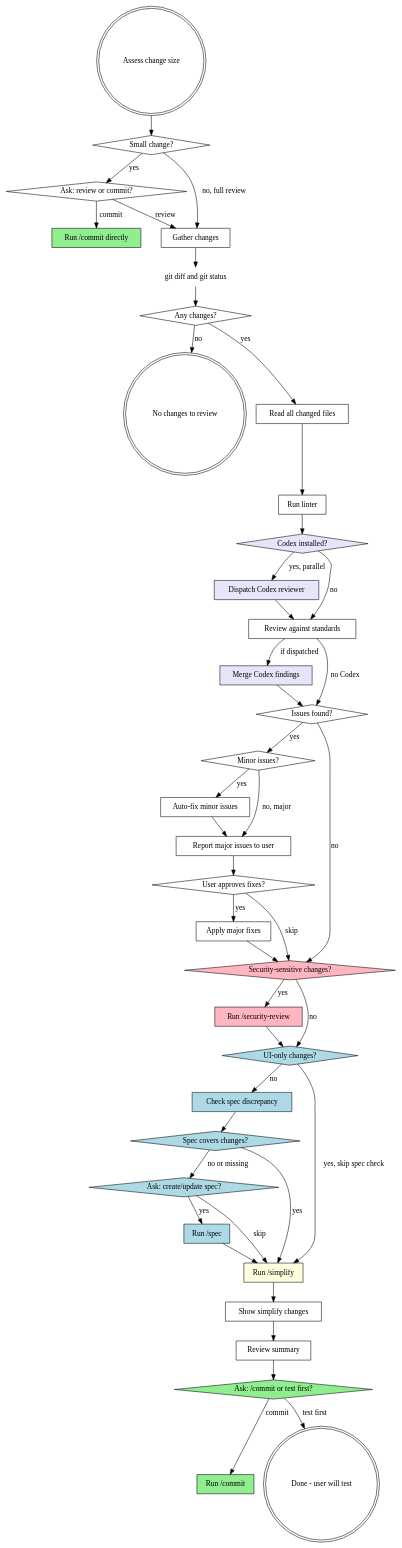
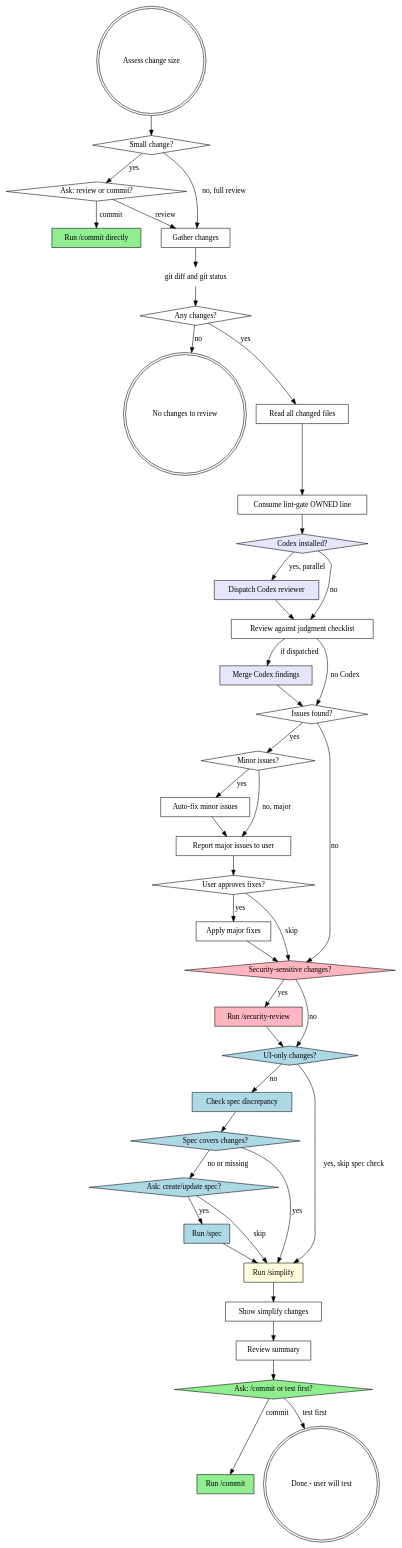
The diagram in skills/code-review/SKILL.md (pandaworks-software-plt/pandahrms-skills), drawn with Graphviz before and after one commit. The commit also changed other lines of this file and 10 other files, not shown here.

````diff
--- a/skills/code-review/SKILL.md
+++ b/skills/code-review/SKILL.md
@@ -32,80 +62,80 @@
 ```dot
 digraph code_review {
     "Assess change size" [shape=doublecircle];
     "Small change?" [shape=diamond];
     "Ask: review or commit?" [shape=diamond];
     "Run /commit directly" [shape=box, style=filled, fillcolor=lightgreen];
     "Gather changes" [shape=box];
     "git diff and git status" [shape=plaintext];
     "Any changes?" [shape=diamond];
     "No changes to review" [shape=doublecircle];
     "Read all changed files" [shape=box];
-    "Run linter" [shape=box];
+    "Consume lint-gate OWNED line" [shape=box];
     "Codex installed?" [shape=diamond, style=filled, fillcolor=lavender];
     "Dispatch Codex reviewer" [shape=box, style=filled, fillcolor=lavender];
-    "Review against standards" [shape=box];
+    "Review against judgment checklist" [shape=box];
     "Merge Codex findings" [shape=box, style=filled, fillcolor=lavender];
     "Issues found?" [shape=diamond];
     "Minor issues?" [shape=diamond];
     "Auto-fix minor issues" [shape=box];
     "Report major issues to user" [shape=box];
     "User approves fixes?" [shape=diamond];
     "Apply major fixes" [shape=box];
     "Security-sensitive changes?" [shape=diamond, style=filled, fillcolor=lightpink];
     "Run /security-review" [shape=box, style=filled, fillcolor=lightpink];
     "UI-only changes?" [shape=diamond, style=filled, fillcolor=lightblue];
     "Check spec discrepancy" [shape=box, style=filled, fillcolor=lightblue];
     "Spec covers changes?" [shape=diamond, style=filled, fillcolor=lightblue];
     "Ask: create/update spec?" [shape=diamond, style=filled, fillcolor=lightblue];
     "Run /spec" [shape=box, style=filled, fillcolor=lightblue];
     "Run /simplify" [shape=box, style=filled, fillcolor=lightyellow];
     "Show simplify changes" [shape=box];
     "Review summary" [shape=box];
     "Ask: /commit or test first?" [shape=diamond, style=filled, fillcolor=lightgreen];
     "Run /commit" [shape=box, style=filled, fillcolor=lightgreen];
     "Done - user will test" [shape=doublecircle];
 
     "Assess change size" -> "Small change?";
     "Small change?" -> "Ask: review or commit?" [label="yes"];
     "Small change?" -> "Gather changes" [label="no, full review"];
     "Ask: review or commit?" -> "Run /commit directly" [label="commit"];
     "Ask: review or commit?" -> "Gather changes" [label="review"];
     "Gather changes" -> "git diff and git status";
     "git diff and git status" -> "Any changes?";
     "Any changes?" -> "No changes to review" [label="no"];
     "Any changes?" -> "Read all changed files" [label="yes"];
-    "Read all changed files" -> "Run linter";
-    "Run linter" -> "Codex installed?";
+    "Read all changed files" -> "Consume lint-gate OWNED line";
+    "Consume lint-gate OWNED line" -> "Codex installed?";
     "Codex installed?" -> "Dispatch Codex reviewer" [label="yes, parallel"];
-    "Codex installed?" -> "Review against standards" [label="no"];
-    "Dispatch Codex reviewer" -> "Review against standards";
-    "Review against standards" -> "Merge Codex findings" [label="if dispatched"];
-    "Review against standards" -> "Issues found?" [label="no Codex"];
+    "Codex installed?" -> "Review against judgment checklist" [label="no"];
+    "Dispatch Codex reviewer" -> "Review against judgment checklist";
+    "Review against judgment checklist" -> "Merge Codex findings" [label="if dispatched"];
+    "Review against judgment checklist" -> "Issues found?" [label="no Codex"];
     "Merge Codex findings" -> "Issues found?";
     "Issues found?" -> "Security-sensitive changes?" [label="no"];
     "Issues found?" -> "Minor issues?" [label="yes"];
     "Minor issues?" -> "Auto-fix minor issues" [label="yes"];
     "Minor issues?" -> "Report major issues to user" [label="no, major"];
     "Auto-fix minor issues" -> "Report major issues to user";
     "Report major issues to user" -> "User approves fixes?";
     "User approves fixes?" -> "Apply major fixes" [label="yes"];
     "User approves fixes?" -> "Security-sensitive changes?" [label="skip"];
     "Apply major fixes" -> "Security-sensitive changes?";
     "Security-sensitive changes?" -> "Run /security-review" [label="yes"];
     "Security-sensitive changes?" -> "UI-only changes?" [label="no"];
     "Run /security-review" -> "UI-only changes?";
     "UI-only changes?" -> "Run /simplify" [label="yes, skip spec check"];
     "UI-only changes?" -> "Check spec discrepancy" [label="no"];
     "Check spec discrepancy" -> "Spec covers changes?";
     "Spec covers changes?" -> "Run /simplify" [label="yes"];
     "Spec covers changes?" -> "Ask: create/update spec?" [label="no or missing"];
     "Ask: create/update spec?" -> "Run /spec" [label="yes"];
     "Ask: create/update spec?" -> "Run /simplify" [label="skip"];
     "Run /spec" -> "Run /simplify";
     "Run /simplify" -> "Show simplify changes";
     "Show simplify changes" -> "Review summary";
     "Review summary" -> "Ask: /commit or test first?";
     "Ask: /commit or test first?" -> "Run /commit" [label="commit"];
     "Ask: /commit or test first?" -> "Done - user will test" [label="test first"];
 }
 ```
````
